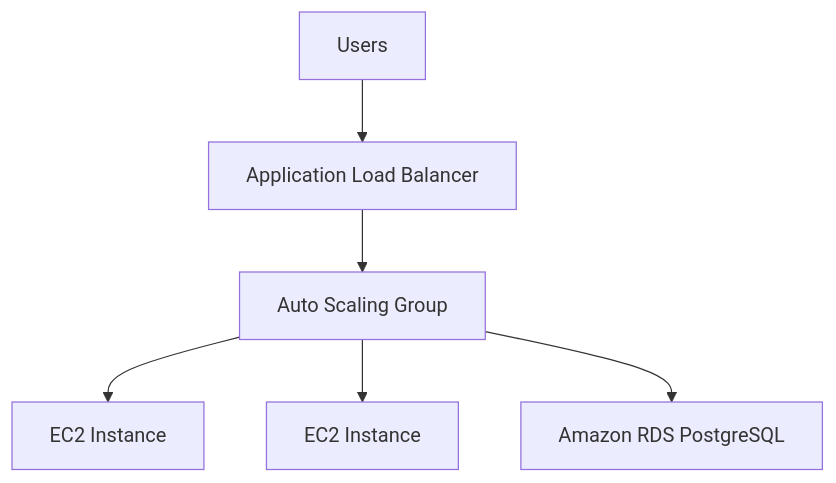
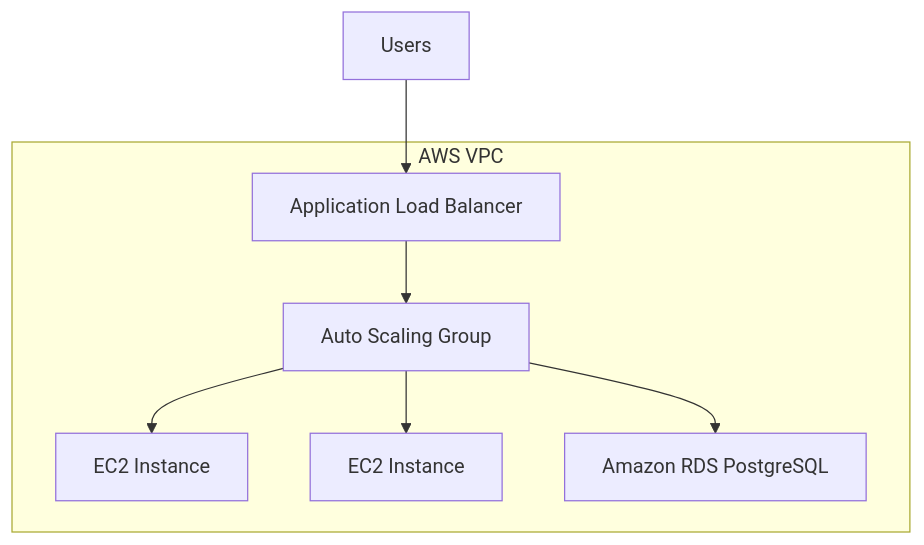
Before and after one commit to ocean-projects/aws-scalable-architecture: the diagram in README.md, drawn with Mermaid.

Commit message:
Fix Mermaid diagram rendering

````diff
--- a/README.md
+++ b/README.md
@@ -6,8 +6,13 @@
 ```mermaid
 flowchart TB
-    U[Users] --> ALB[Application Load Balancer]
-    ALB --> ASG[Auto Scaling Group]
-    ASG --> EC2a[EC2 Instance]
-    ASG --> EC2b[EC2 Instance]
-    ASG --> RDS[Amazon RDS PostgreSQL]
+    Users --> ALB[Application Load Balancer]
+
+    subgraph VPC[AWS VPC]
+        ALB --> ASG[Auto Scaling Group]
+
+        ASG --> EC2a[EC2 Instance]
+        ASG --> EC2b[EC2 Instance]
+
+        ASG --> RDS[Amazon RDS PostgreSQL]
+    end
 ```
````
